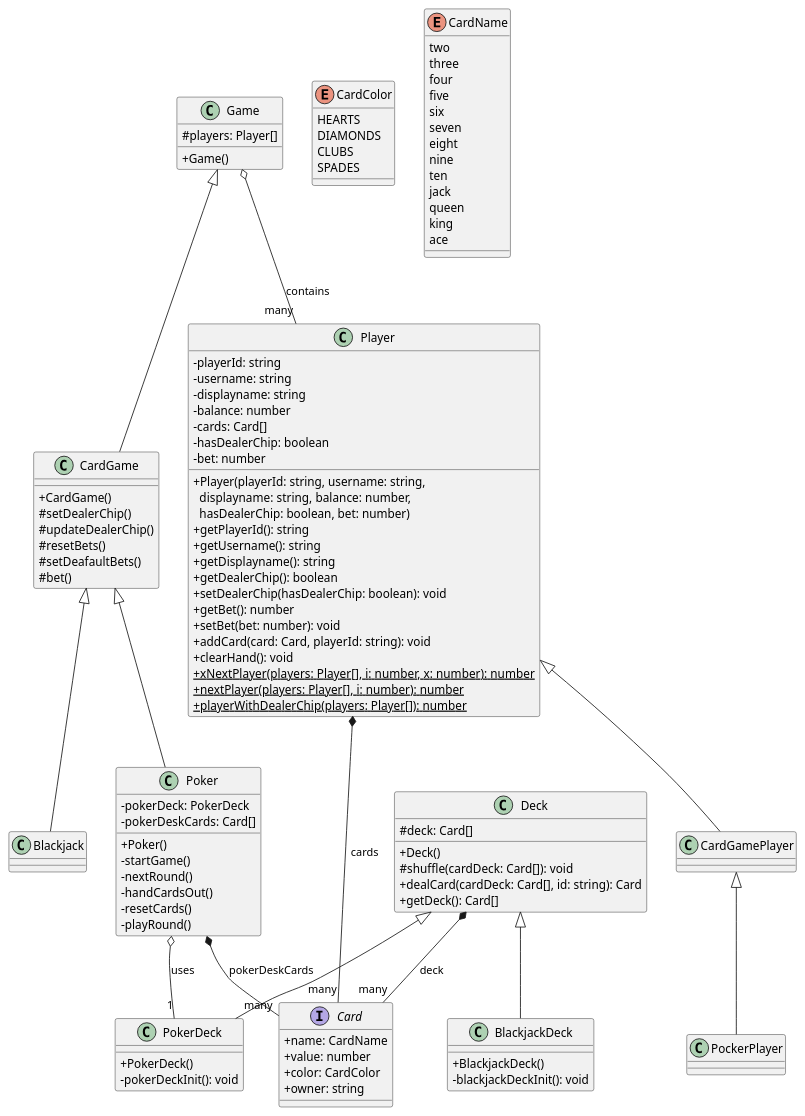
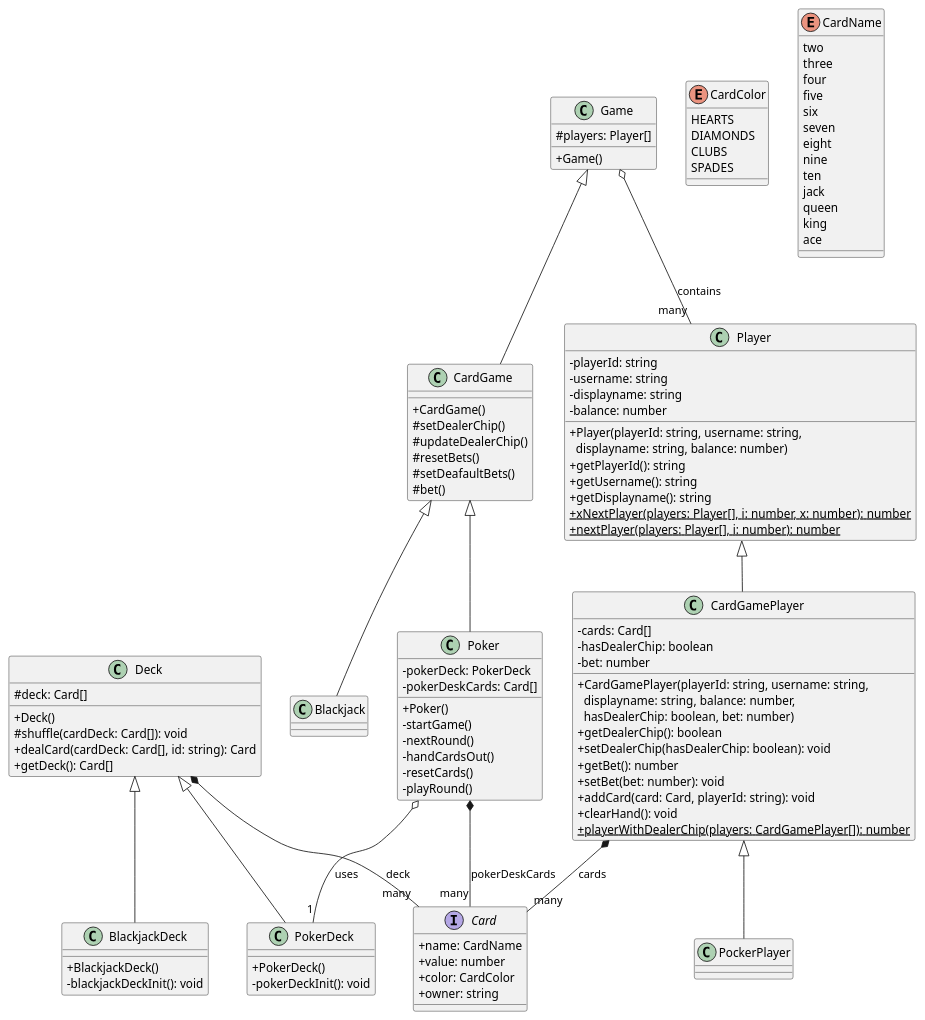
One commit to FelixZannantoni/OnlineCasino changed the diagram in backend/src/gameLogic/gameLogic.puml. Above: the diagram before and after it, drawn with PlantUML. The commit also changed 2 other files, not shown here.

Commit message:
worked on player oop

```diff
--- a/backend/src/gameLogic/gameLogic.puml
+++ b/backend/src/gameLogic/gameLogic.puml
@@ -1,125 +1,126 @@
 @startuml
 skinparam classAttributeIconSize 0
 
 interface Card {
   +name: CardName
   +value: number
   +color: CardColor
   +owner: string
 }
 
 enum CardColor {
   HEARTS
   DIAMONDS
   CLUBS
   SPADES
 }
 
 enum CardName {
   two
   three
   four
   five
   six
   seven
   eight
   nine
   ten
   jack
   queen
   king
   ace
 }
 
 class Game {
   #players: Player[]
   +Game()
 }
 
 class CardGame {
   +CardGame()
   #setDealerChip()
   #updateDealerChip()
   #resetBets()
   #setDeafaultBets()
   #bet()
 }
 
 class Poker {
   -pokerDeck: PokerDeck
   -pokerDeskCards: Card[]
   +Poker()
   -startGame()
   -nextRound()
   -handCardsOut()
   -resetCards()
   -playRound()
 }
 
 class Blackjack {
 }
 
 class Player {
   -playerId: string
   -username: string
   -displayname: string
   -balance: number
+  +Player(playerId: string, username: string, \n  displayname: string, balance: number)
+  +getPlayerId(): string
+  +getUsername(): string
+  +getDisplayname(): string
+  {static} +xNextPlayer(players: Player[], i: number, x: number): number
+  {static} +nextPlayer(players: Player[], i: number): number
+}
+
+class CardGamePlayer {
   -cards: Card[]
   -hasDealerChip: boolean
   -bet: number
-  +Player(playerId: string, username: string, \n  displayname: string, balance: number, \n  hasDealerChip: boolean, bet: number)
-  +getPlayerId(): string
-  +getUsername(): string
-  +getDisplayname(): string
+  +CardGamePlayer(playerId: string, username: string, \n  displayname: string, balance: number, \n  hasDealerChip: boolean, bet: number)
   +getDealerChip(): boolean
   +setDealerChip(hasDealerChip: boolean): void
   +getBet(): number
   +setBet(bet: number): void
   +addCard(card: Card, playerId: string): void
   +clearHand(): void
-  {static} +xNextPlayer(players: Player[], i: number, x: number): number
-  {static} +nextPlayer(players: Player[], i: number): number
-  {static} +playerWithDealerChip(players: Player[]): number
-}
-
-class CardGamePlayer {
+  {static} +playerWithDealerChip(players: CardGamePlayer[]): number
 }
 
 class PockerPlayer {
 }
 
 class Deck {
   #deck: Card[]
   +Deck()
   #shuffle(cardDeck: Card[]): void
   +dealCard(cardDeck: Card[], id: string): Card
   +getDeck(): Card[]
 }
 
 class BlackjackDeck {
   +BlackjackDeck()
   -blackjackDeckInit(): void
 }
 
 class PokerDeck {
   +PokerDeck()
   -pokerDeckInit(): void
 }
 
 ' Inheritance
 Game <|-- CardGame
 CardGame <|-- Poker
 CardGame <|-- Blackjack
 Deck <|-- BlackjackDeck
 Deck <|-- PokerDeck
 Player <|-- CardGamePlayer
 CardGamePlayer <|-- PockerPlayer
 
 ' Associations
 Game o-- "many" Player : contains
 Poker *-- "many" Card : pokerDeskCards
-Player *-- "many" Card : cards
+CardGamePlayer *-- "many" Card : cards
 Deck *-- "many" Card : deck
 Poker o-- "1" PokerDeck : uses
 
 @enduml
```
